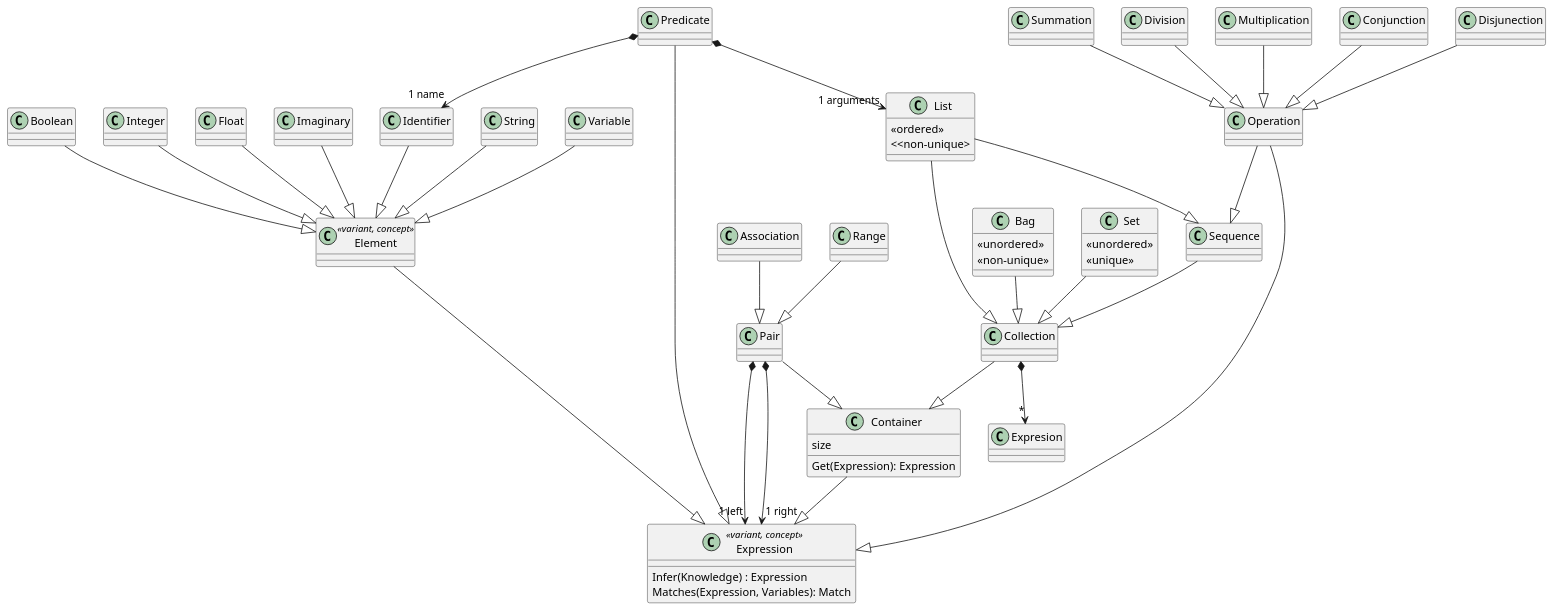
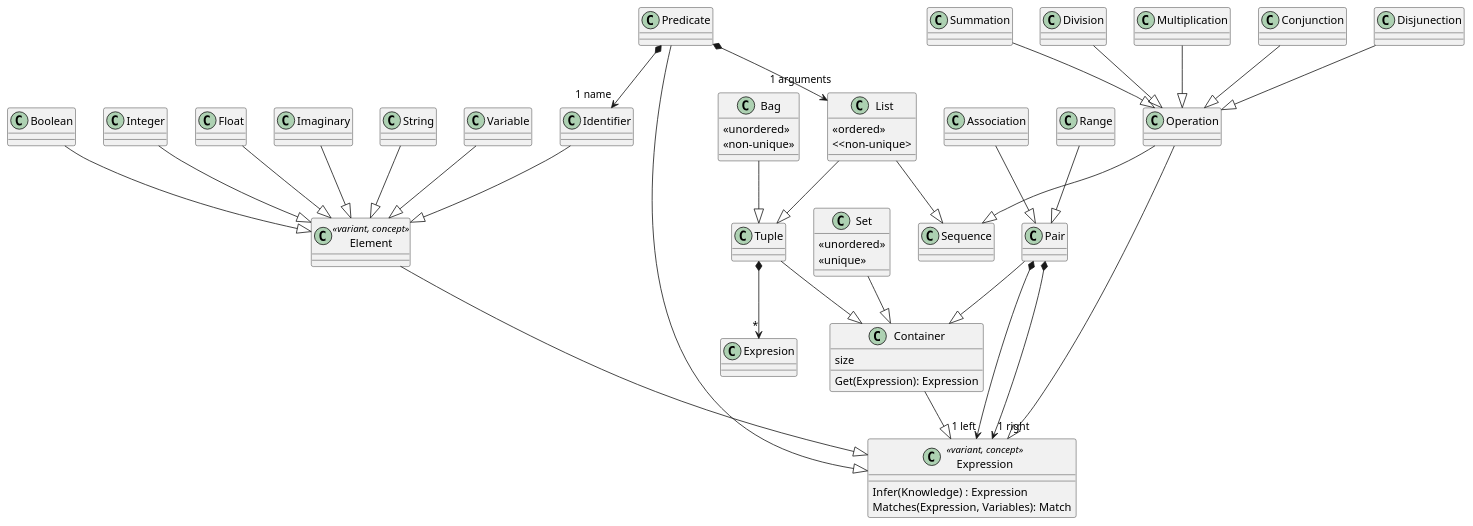
One commit to countpauper/countpauper changed the diagram in Angel/Design/Logic.puml. Above: the diagram before and after it, drawn with PlantUML. The commit also changed 18 other files, not shown here.

Commit message:
[Angel] Renamed Collection to Tuple

```diff
--- a/Angel/Design/Logic.puml
+++ b/Angel/Design/Logic.puml
@@ -1,72 +1,71 @@
 @startuml
 
 class Element <<variant, concept>> {
 
 }
 
 Boolean --|> Element
 Integer --|> Element 
 Float --|> Element
 Imaginary --|> Element
 Identifier --|> Element
 String --|> Element
 Variable --|> Element 
 
 class Expression <<variant, concept>> {
     Infer(Knowledge) : Expression
     Matches(Expression, Variables): Match
     
 }
 
 Element --|> Expression
 Predicate --|> Expression 
 Container  --|> Expression 
 Operation --|> Expression 
 
 class Container {
     size
     Get(Expression): Expression
 }
 
 Pair --|> Container
-Collection --|> Container 
+Tuple --|> Container 
 
 class List {
     <<ordered>>
     <<non-unique>
 }
 class Bag {
     <<unordered>>
     <<non-unique>>
 } 
 class Set {
     <<unordered>>
     <<unique>>
 }
-Set --|> Collection
+Set --|> Container
 List --|> Sequence
-List --|> Collection
-Sequence --|> Collection
-Bag --|> Collection
+List --|> Tuple
+Bag --|> Tuple
 
 Association --|> Pair
 Range --|> Pair
 
 Operation --|> Sequence 
 
 Summation --|> Operation 
 Division --|> Operation 
 Multiplication --|> Operation 
 Conjunction --|> Operation 
 Disjunection --|> Operation 
 
-Collection *--> "*" Expresion
+Tuple *--> "*" Expresion
 
 Predicate *--> "1 name" Identifier
 Predicate *--> "1 arguments" List
 
 Pair *--> "1 left" Expression
 Pair *--> "1 right" Expression 
 
 
 @enduml
```
